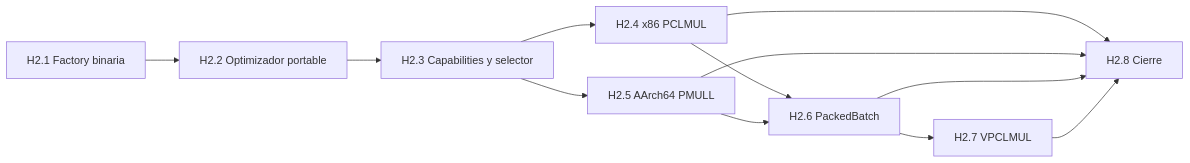
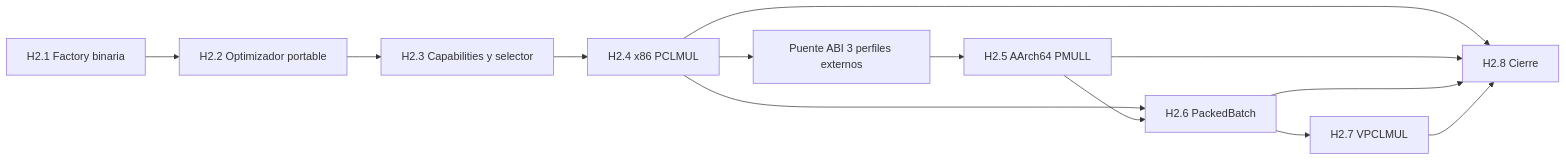
The diagram in docs/microfield/phase-2-plan.md (alfredoVallejoM/homomorphic-hash-rs), drawn with Mermaid before and after one commit. The commit also changed other lines of this file and 75 other files, not shown here.

````diff
--- a/docs/microfield/phase-2-plan.md
+++ b/docs/microfield/phase-2-plan.md
@@ -35,14 +36,15 @@
 ```mermaid
 flowchart LR
     H21[H2.1 Factory binaria] --> H22[H2.2 Optimizador portable]
     H22 --> H23[H2.3 Capabilities y selector]
     H23 --> H24[H2.4 x86 PCLMUL]
-    H23 --> H25[H2.5 AArch64 PMULL]
+    H24 --> Bridge[Puente ABI 3 perfiles externos]
+    Bridge --> H25[H2.5 AArch64 PMULL]
     H24 --> H26[H2.6 PackedBatch]
     H25 --> H26
     H26 --> H27[H2.7 VPCLMUL]
     H24 --> H28[H2.8 Cierre]
     H25 --> H28
     H26 --> H28
     H27 --> H28
 ```
````
